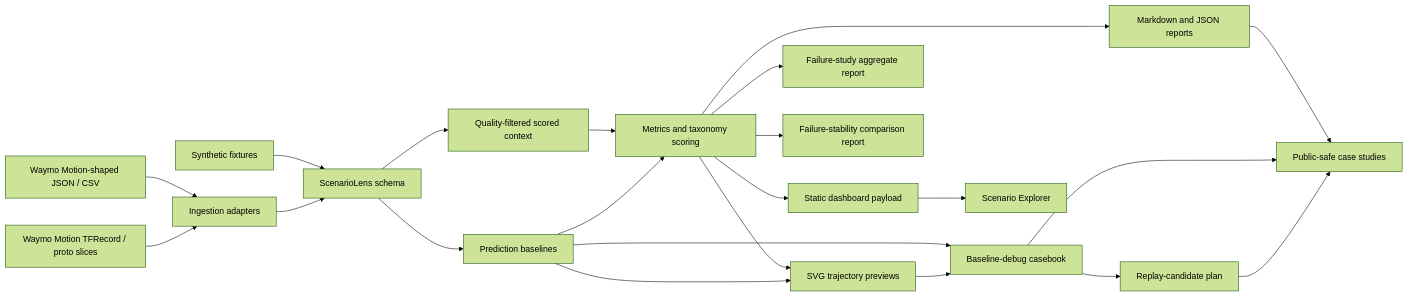
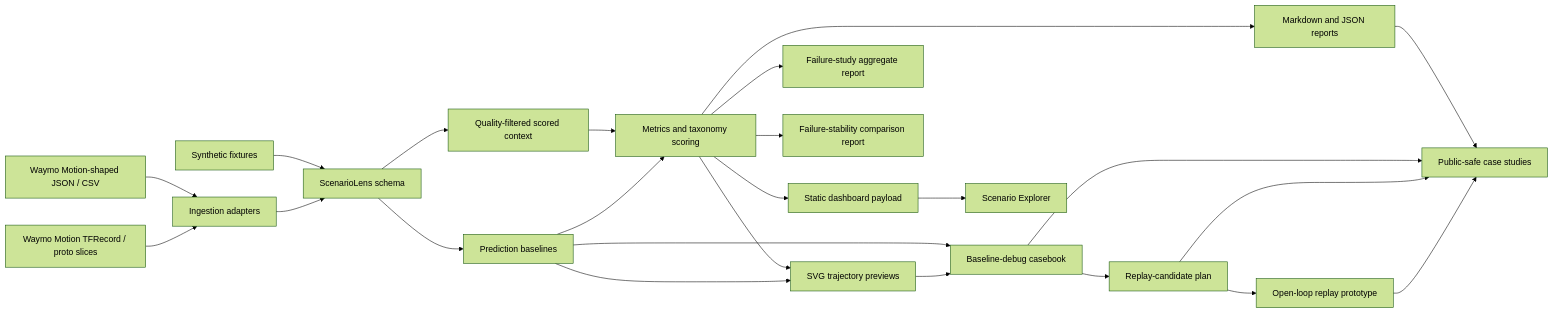
One commit to ethanvillalovoz/scenariolens changed the diagram in docs/architecture.md. Above: the diagram before and after it, drawn with Mermaid (forest theme). The commit also changed other lines of this file and 21 other files, not shown here.

Commit message:
Add open-loop replay prototype

````diff
--- a/docs/architecture.md
+++ b/docs/architecture.md
@@ -5,24 +5,26 @@
 ```mermaid
 flowchart LR
     A["Synthetic fixtures"] --> D["ScenarioLens schema"]
     B["Waymo Motion-shaped JSON / CSV"] --> C["Ingestion adapters"]
     M["Waymo Motion TFRecord / proto slices"] --> C
     C --> D
     D --> E["Quality-filtered scored context"]
     D --> P["Prediction baselines"]
     E --> F["Metrics and taxonomy scoring"]
     P --> F
     F --> G["Markdown and JSON reports"]
     F --> H["SVG trajectory previews"]
     P --> H
     F --> L["Failure-study aggregate report"]
     F --> N["Failure-stability comparison report"]
     P --> Q["Baseline-debug casebook"]
     H --> Q
     Q --> R["Replay-candidate plan"]
+    R --> S["Open-loop replay prototype"]
     F --> I["Static dashboard payload"]
     I --> J["Scenario Explorer"]
     G --> K["Public-safe case studies"]
     Q --> K
     R --> K
+    S --> K
 ```
````
